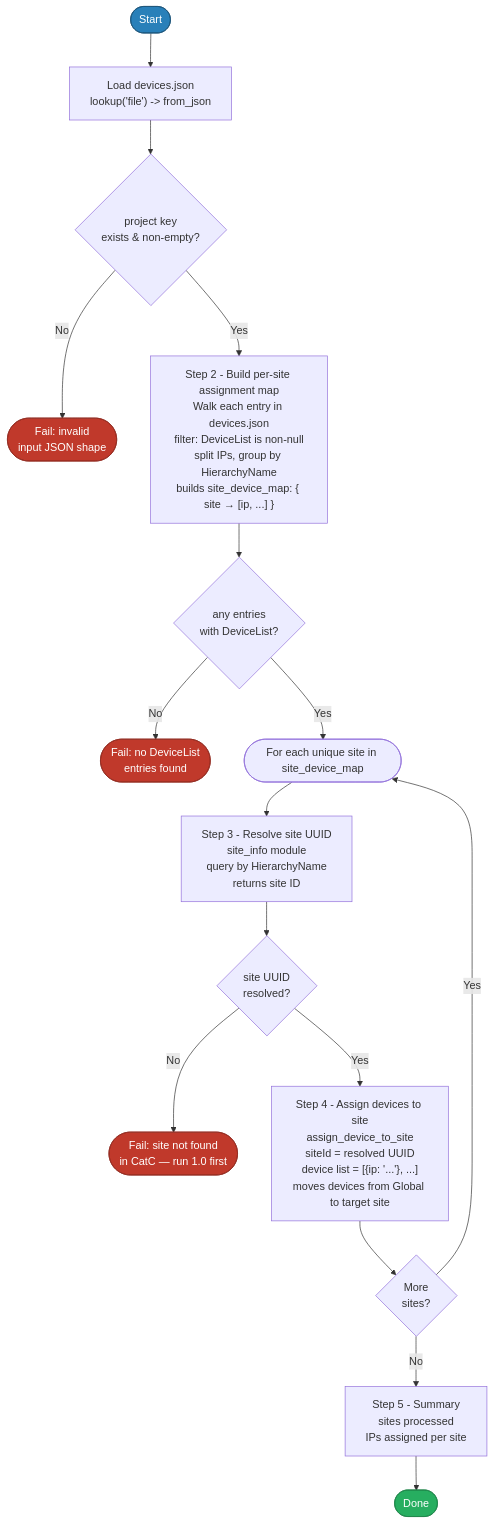
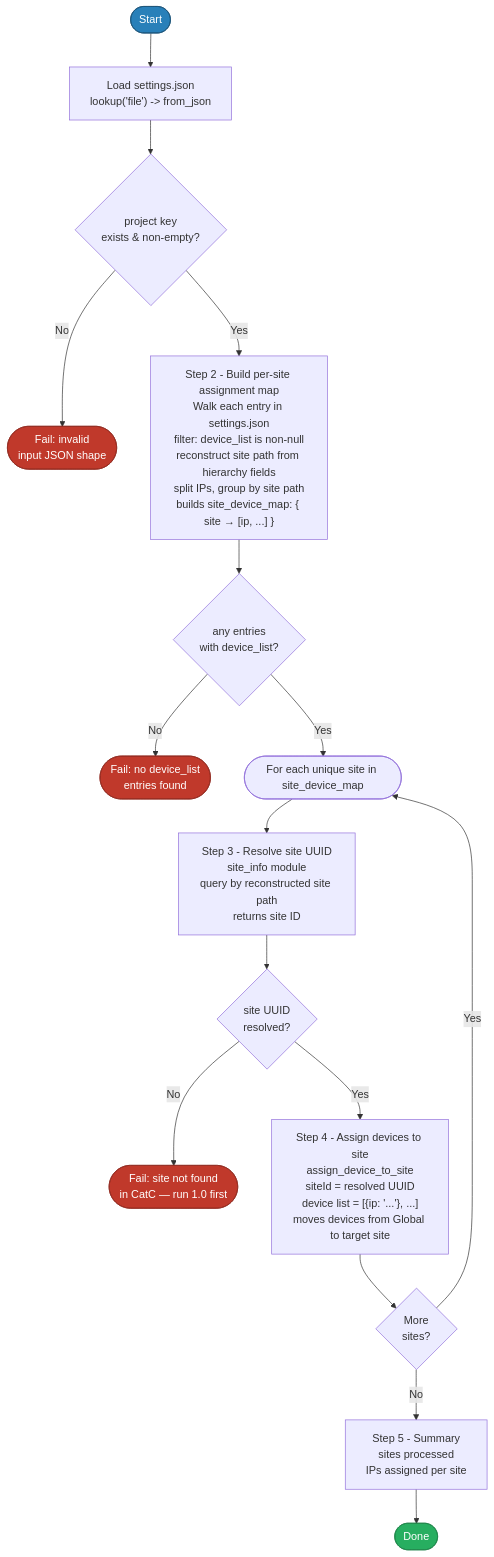
Before and after one commit to kebaldwi/TECOPS-2599: the diagram in Support/Resources/Ansible/5.0-Cisco-Catalyst-Center-Assign-To-Site/DIAGRAMS/logical-flow.mmd, drawn with Mermaid. The commit also changed 31 other files, not shown here.

First line of the commit message:
docs: update all Ansible READMEs, diagrams, and add CML v9 topology

```diff
--- a/Support/Resources/Ansible/5.0-Cisco-Catalyst-Center-Assign-To-Site/DIAGRAMS/logical-flow.mmd
+++ b/Support/Resources/Ansible/5.0-Cisco-Catalyst-Center-Assign-To-Site/DIAGRAMS/logical-flow.mmd
@@ -1,34 +1,34 @@
 flowchart TD
     START([Start]) --> A
 
-    A["Load devices.json<br/>lookup('file') -&gt; from_json"]
+    A["Load settings.json<br/>lookup('file') -&gt; from_json"]
     A --> B{project key<br/>exists &amp; non-empty?}
     B -->|No| FAIL_A([Fail: invalid<br/>input JSON shape])
     B -->|Yes| C
 
-    C["Step 2 - Build per-site assignment map<br/>Walk each entry in devices.json<br/>filter: DeviceList is non-null<br/>split IPs, group by HierarchyName<br/>builds site_device_map: { site → [ip, ...] }"]
-    C --> D{any entries<br/>with DeviceList?}
-    D -->|No| FAIL_B([Fail: no DeviceList<br/>entries found])
+    C["Step 2 - Build per-site assignment map<br/>Walk each entry in settings.json<br/>filter: device_list is non-null<br/>reconstruct site path from hierarchy fields<br/>split IPs, group by site path<br/>builds site_device_map: { site → [ip, ...] }"]
+    C --> D{any entries<br/>with device_list?}
+    D -->|No| FAIL_B([Fail: no device_list<br/>entries found])
     D -->|Yes| E
 
     E(["For each unique site in site_device_map"])
     E --> F
 
-    F["Step 3 - Resolve site UUID<br/>site_info module<br/>query by HierarchyName<br/>returns site ID"]
+    F["Step 3 - Resolve site UUID<br/>site_info module<br/>query by reconstructed site path<br/>returns site ID"]
     F --> G{site UUID<br/>resolved?}
     G -->|No| FAIL_C([Fail: site not found<br/>in CatC — run 1.0 first])
     G -->|Yes| H
 
     H["Step 4 - Assign devices to site<br/>assign_device_to_site<br/>siteId = resolved UUID<br/>device list = [{ip: '...'}, ...]<br/>moves devices from Global to target site"]
     H --> I{More<br/>sites?}
     I -->|Yes| E
     I -->|No| J
 
     J["Step 5 - Summary<br/>sites processed<br/>IPs assigned per site"]
     J --> DONE([Done])
 
     style FAIL_A fill:#c0392b,color:#fff,stroke:#922b21
     style FAIL_B fill:#c0392b,color:#fff,stroke:#922b21
     style FAIL_C fill:#c0392b,color:#fff,stroke:#922b21
     style DONE fill:#27ae60,color:#fff,stroke:#1e8449
     style START fill:#2980b9,color:#fff,stroke:#1a5276
```
